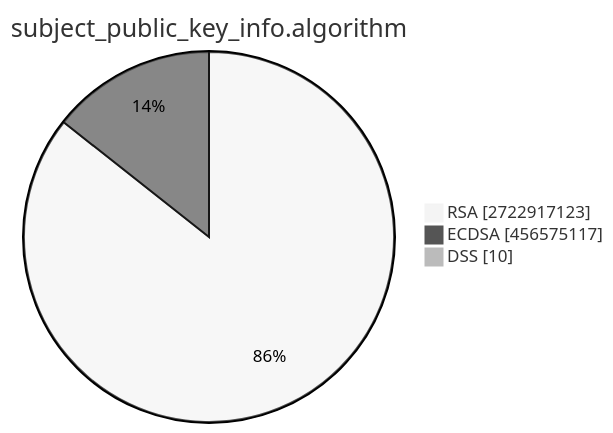
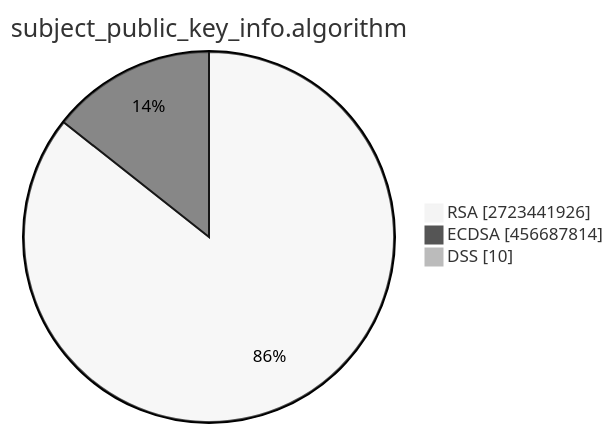
One commit to christiankrug/ctmonitor_visualization changed the second of 15 diagrams in TOTAL/README.md. Above: the diagram before and after it, drawn with Mermaid (neutral theme). The commit also changed other lines of this file, not shown here.

````diff
--- a/TOTAL/README.md
+++ b/TOTAL/README.md
@@ -6,7 +6,7 @@
 ```mermaid
 pie showData
 title subject_public_key_info.algorithm
-"RSA" :2722917123
-"ECDSA" :456575117
+"RSA" :2723441926
+"ECDSA" :456687814
 "DSS" :10
 ```
````
